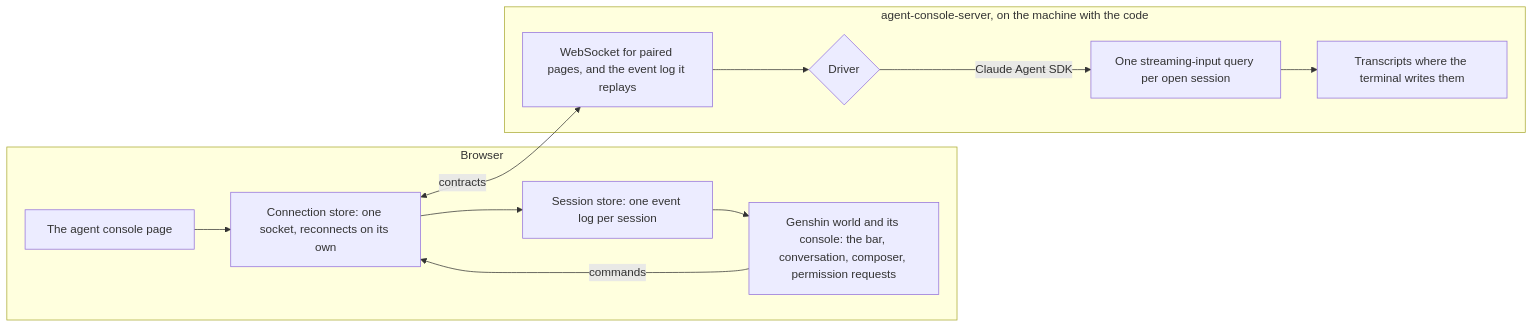
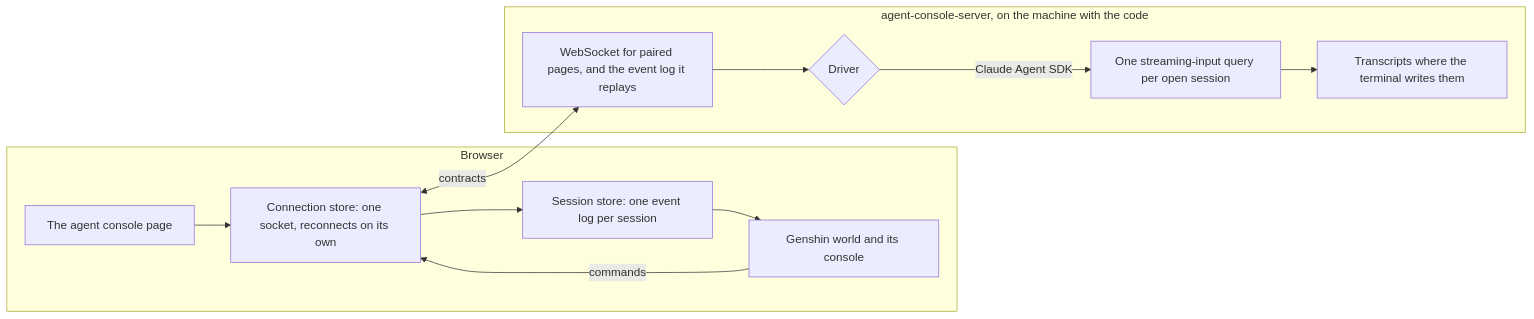
Before and after one commit to Esposter/Esposter: the diagram in openspec/specs/infra/claude-interface/agent-console/README.md, drawn with Mermaid. The commit also changed 3 other files, not shown here.

````diff
--- a/openspec/specs/infra/claude-interface/agent-console/README.md
+++ b/openspec/specs/infra/claude-interface/agent-console/README.md
@@ -11,15 +11,15 @@
 ```mermaid
 flowchart LR
   subgraph Browser
     P[The agent console page] --> C[Connection store: one socket, reconnects on its own]
     C --> S[Session store: one event log per session]
-    S --> W[Genshin world and its console: the bar, conversation, composer, permission requests]
+    S --> W[Genshin world and its console]
     W -->|commands| C
   end
   subgraph Host[agent-console-server, on the machine with the code]
     WS[WebSocket for paired pages, and the event log it replays] --> D{Driver}
     D -->|Claude Agent SDK| Q[One streaming-input query per open session]
     Q --> T[Transcripts where the terminal writes them]
   end
   C <-->|contracts| WS
 ```
````
